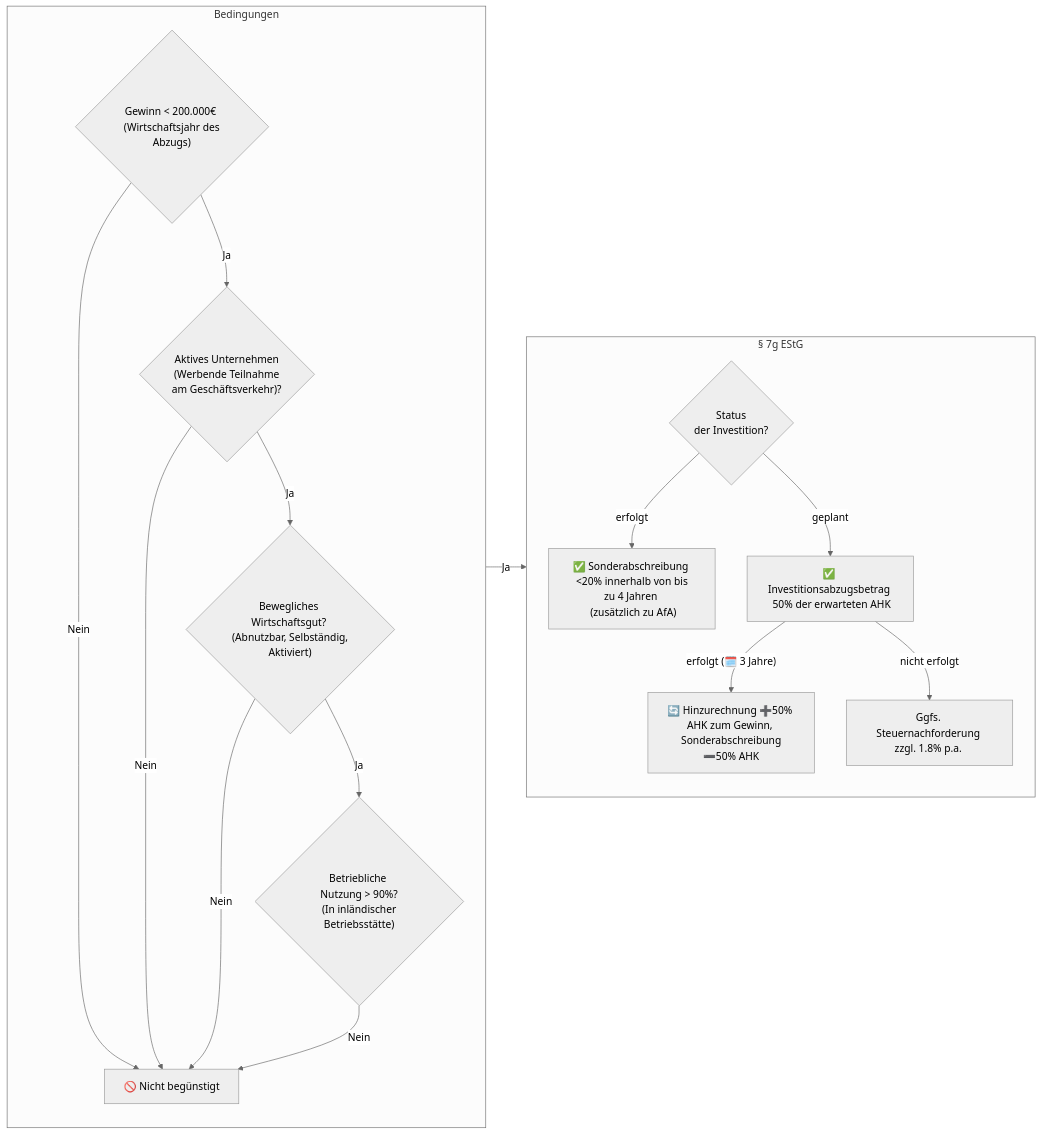
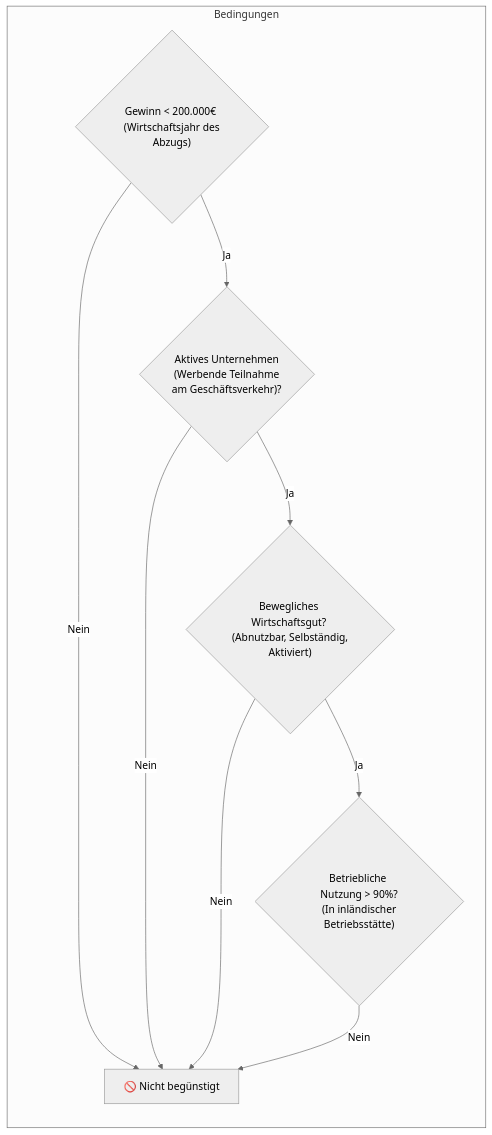
The seventh of 7 diagrams in README.md (maxheld83/steuerFlow), drawn with Mermaid (neutral theme) before and after one commit.

Commit message:
reduce graph

````diff
--- a/README.md
+++ b/README.md
@@ -60,30 +60,17 @@
 ```mermaid
 graph LR;
   subgraph Bedingungen;
     direction TB;
     istKMU{"Gewinn < 200.000€ \n (Wirtschaftsjahr des Abzugs)"};
     istKMU -- Nein --> keineSA["🚫 Nicht begünstigt"];
     istKMU -- Ja --> istAktiv;
     istAktiv{"Aktives Unternehmen \n (Werbende Teilnahme \n am Geschäftsverkehr)?"};
     istAktiv -- Nein --> keineSA;
     istAktiv -- Ja --> istBeweg;
     istBeweg{"Bewegliches Wirtschaftsgut? \n (Abnutzbar, Selbständig, Aktiviert)"};
     istBeweg -- Nein --> keineSA;
     istBeweg -- Ja --> ist90;
     ist90{"Betriebliche \n Nutzung > 90%? \n (In inländischer Betriebsstätte)"};
     ist90 -- Nein --> keineSA;
   end;
-  subgraph EStG7g [§ 7g EStG];
-    direction TB;
-    ist90 -- Ja --> statusInv;
-    statusInv{"Status \n der Investition?"};
-    statusInv -- erfolgt --> 7gSonder;
-    7gSonder["✅ Sonderabschreibung \n <20% innerhalb von bis zu 4 Jahren \n (zusätzlich zu AfA)"];
-    statusInv -- geplant --> 7gInvAbzug;
-    7gInvAbzug["✅ Investitionsabzugsbetrag \n 50% der erwarteten AHK "];
-    7gInvAbzug -- erfolgt (🗓️ 3 Jahre) --> 7gInvAbzugErfolg;
-    7gInvAbzugErfolg["🔄 Hinzurechnung ➕50% AHK zum Gewinn, \n Sonderabschreibung ➖50% AHK"];
-    7gInvAbzugRueckz["Ggfs. Steuernachforderung zzgl. 1.8% p.a. \n "];
-    7gInvAbzug -- nicht erfolgt --> 7gInvAbzugRueckz;
-  end;
 ```
````
